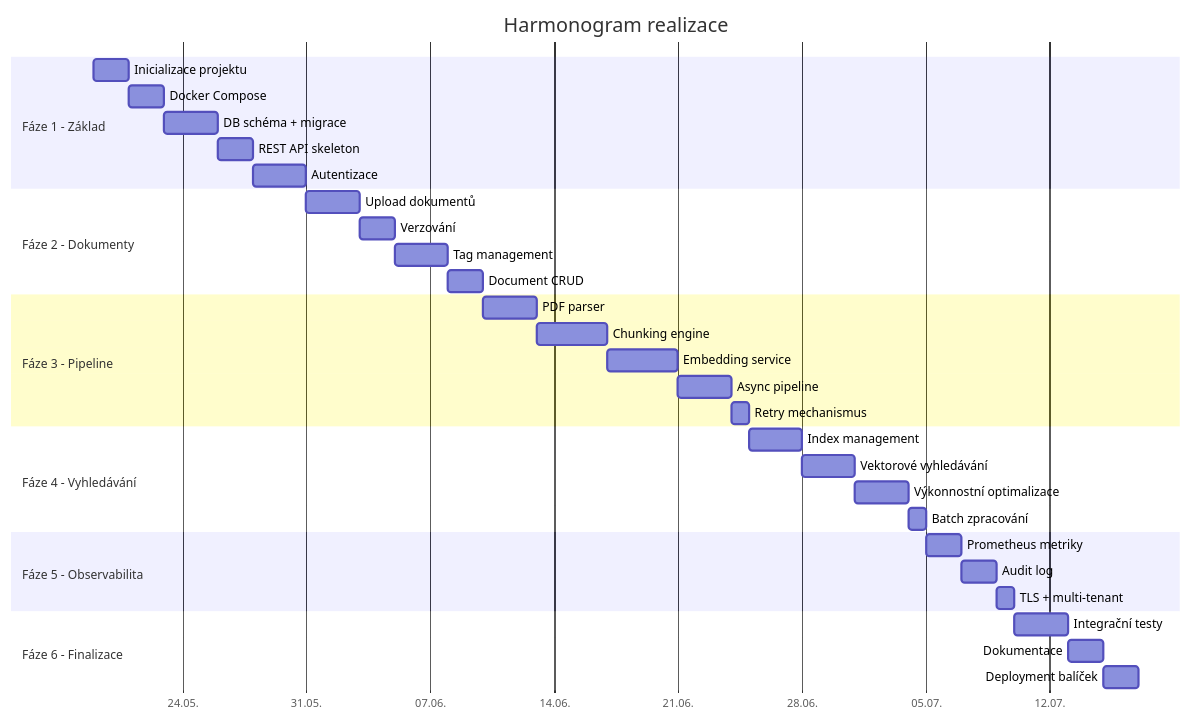
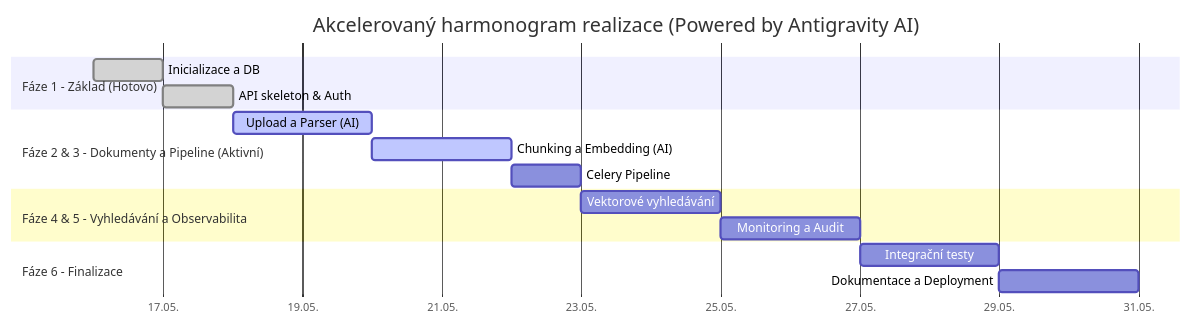
One commit to livingshield/ekobio-vyhledavani changed the third of 3 diagrams in analyza_a_plan.md. Above: the diagram before and after it, drawn with Mermaid. The commit also changed other lines of this file and 4 other files, not shown here.

````diff
--- a/analyza_a_plan.md
+++ b/analyza_a_plan.md
@@ -597,42 +595,23 @@
 ```mermaid
 gantt
-    title Harmonogram realizace
+    title Akcelerovaný harmonogram realizace (Powered by Antigravity AI)
     dateFormat YYYY-MM-DD
     axisFormat %d.%m.
 
-    section Fáze 1 - Základ
-    Inicializace projektu       :f1_1, 2026-05-19, 2d
-    Docker Compose              :f1_2, after f1_1, 2d
-    DB schéma + migrace         :f1_3, after f1_2, 3d
-    REST API skeleton           :f1_4, after f1_3, 2d
-    Autentizace                 :f1_5, after f1_4, 3d
+    section Fáze 1 - Základ (Hotovo)
+    Inicializace a DB           :done, f1_1, 2026-05-16, 1d
+    API skeleton & Auth         :done, f1_2, after f1_1, 1d
 
-    section Fáze 2 - Dokumenty
-    Upload dokumentů            :f2_1, after f1_5, 3d
-    Verzování                   :f2_2, after f2_1, 2d
-    Tag management              :f2_3, after f2_2, 3d
-    Document CRUD               :f2_4, after f2_3, 2d
+    section Fáze 2 & 3 - Dokumenty a Pipeline (Aktivní)
+    Upload a Parser (AI)        :active, f2_1, after f1_2, 2d
+    Chunking a Embedding (AI)   :active, f2_2, after f2_1, 2d
+    Celery Pipeline             :f2_3, after f2_2, 1d
 
-    section Fáze 3 - Pipeline
-    PDF parser                  :f3_1, after f2_4, 3d
-    Chunking engine             :f3_2, after f3_1, 4d
-    Embedding service           :f3_3, after f3_2, 4d
-    Async pipeline              :f3_4, after f3_3, 3d
-    Retry mechanismus           :f3_5, after f3_4, 1d
-
-    section Fáze 4 - Vyhledávání
-    Index management            :f4_1, after f3_5, 3d
-    Vektorové vyhledávání       :f4_2, after f4_1, 3d
-    Výkonnostní optimalizace    :f4_3, after f4_2, 3d
-    Batch zpracování            :f4_4, after f4_3, 1d
-
-    section Fáze 5 - Observabilita
-    Prometheus metriky          :f5_1, after f4_4, 2d
-    Audit log                   :f5_2, after f5_1, 2d
-    TLS + multi-tenant          :f5_3, after f5_2, 1d
+    section Fáze 4 & 5 - Vyhledávání a Observabilita
+    Vektorové vyhledávání       :f4_1, after f2_3, 2d
+    Monitoring a Audit          :f4_2, after f4_1, 2d
 
     section Fáze 6 - Finalizace
-    Integrační testy            :f6_1, after f5_3, 3d
-    Dokumentace                 :f6_2, after f6_1, 2d
-    Deployment balíček          :f6_3, after f6_2, 2d
+    Integrační testy            :f6_1, after f4_2, 2d
+    Dokumentace a Deployment    :f6_2, after f6_1, 2d
 ```
````
